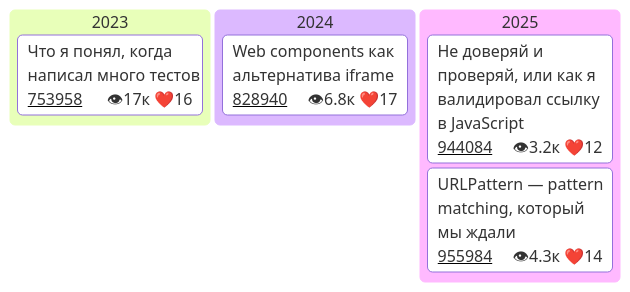
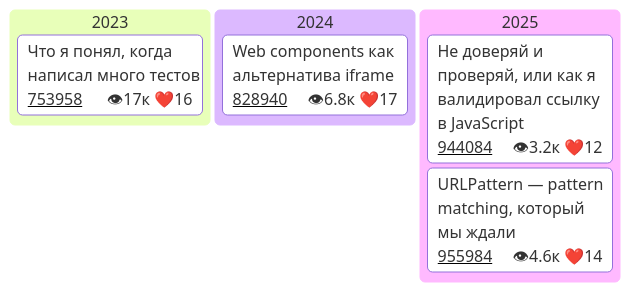
Before and after one commit to Goodzonchik/Goodzonchik: the fourth of 4 diagrams in README.md, drawn with Mermaid. The commit also changed other lines of this file, not shown here.

````diff
--- a/README.md
+++ b/README.md
@@ -51,28 +52,28 @@
 ```mermaid
 ---
 config:
   kanban:
     ticketBaseUrl: 'https://habr.com/ru/companies/tbank/articles/#TICKET#'
 
 ---
 kanban
   2023
     card1["Что я понял, когда написал много тестов"]@{
       ticket: 753958
       assigned: 👁17к ❤️16
     }
   2024
     card2["Web components как альтернатива iframe"]@{
       ticket: 828940
       assigned: 👁6.8к ❤️17
     }
   2025
     card3["Не доверяй и проверяй, или как я валидировал ссылку в JavaScript"]@{
       ticket: 944084
       assigned: 👁3.2к ❤️12
     }
    card4["URLPattern — pattern matching, который мы ждали"]@{
       ticket: 955984
-      assigned: 👁4.3к ❤️14
+      assigned: 👁4.6к ❤️14
     }
 ```
````
